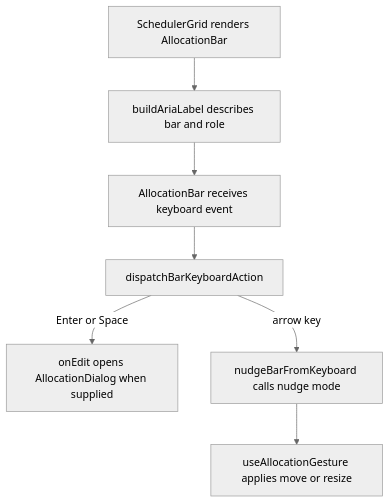
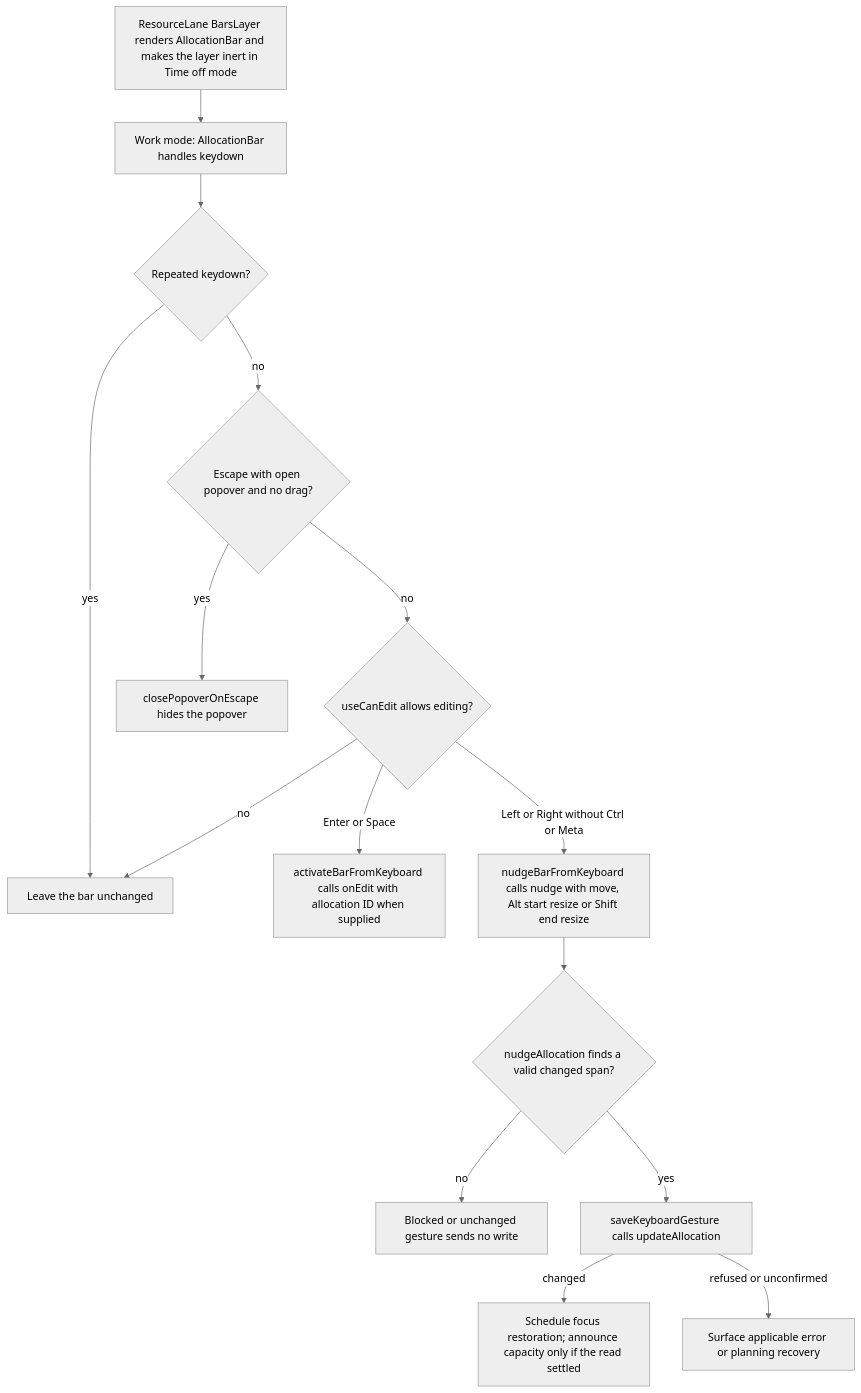
The second of 2 diagrams in user-stories/accessibility/US-KBD-01-bar-keyboard.md (Kevinjohn/capacitylens), drawn with Mermaid (neutral theme) before and after one commit. The commit also changed other lines of this file and 172 other files, not shown here.

Commit message:
docs: reconcile user story code flows with source

````diff
--- a/user-stories/accessibility/US-KBD-01-bar-keyboard.md
+++ b/user-stories/accessibility/US-KBD-01-bar-keyboard.md
@@ -32,9 +34,17 @@
 ```mermaid
 flowchart TD
-  grid["SchedulerGrid renders AllocationBar"] --> label["buildAriaLabel describes bar and role"]
-  label --> bar["AllocationBar receives keyboard event"]
-  bar --> action["dispatchBarKeyboardAction"]
-  action -->|Enter or Space| edit["onEdit opens AllocationDialog when supplied"]
-  action -->|arrow key| nudge["nudgeBarFromKeyboard calls nudge mode"]
-  nudge --> gesture["useAllocationGesture applies move or resize"]
+  lane["ResourceLane BarsLayer renders AllocationBar and makes the layer inert in Time off mode"] --> bar["Work mode: AllocationBar handles keydown"]
+  bar --> repeat{"Repeated keydown?"}
+  repeat -->|yes| ignore["Leave the bar unchanged"]
+  repeat -->|no| escape{"Escape with open popover and no drag?"}
+  escape -->|yes| hide["closePopoverOnEscape hides the popover"]
+  escape -->|no| edit{"useCanEdit allows editing?"}
+  edit -->|no| ignore
+  edit -->|Enter or Space| open["activateBarFromKeyboard calls onEdit with allocation ID when supplied"]
+  edit -->|Left or Right without Ctrl or Meta| nudge["nudgeBarFromKeyboard calls nudge with move, Alt start resize or Shift end resize"]
+  nudge --> calc{"nudgeAllocation finds a valid changed span?"}
+  calc -->|no| skip["Blocked or unchanged gesture sends no write"]
+  calc -->|yes| save["saveKeyboardGesture calls updateAllocation"]
+  save -->|changed| focus["Schedule focus restoration; announce capacity only if the read settled"]
+  save -->|refused or unconfirmed| failure["Surface applicable error or planning recovery"]
 ```
````
